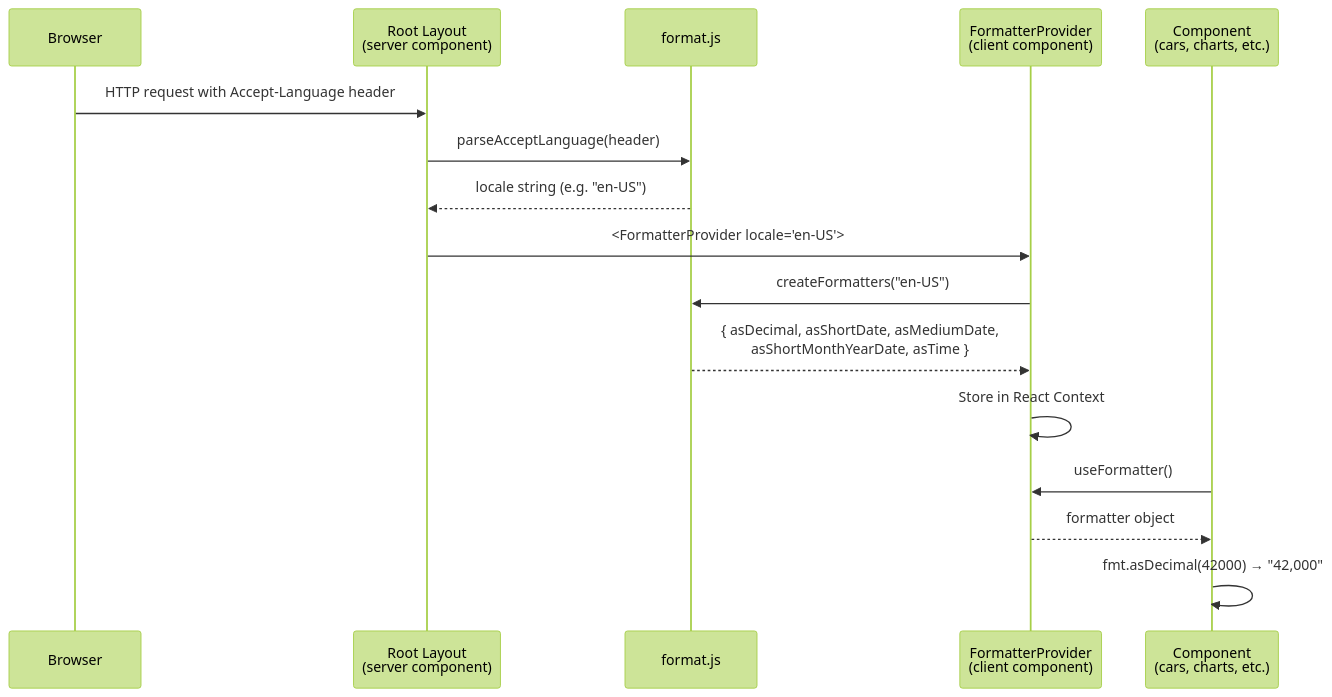
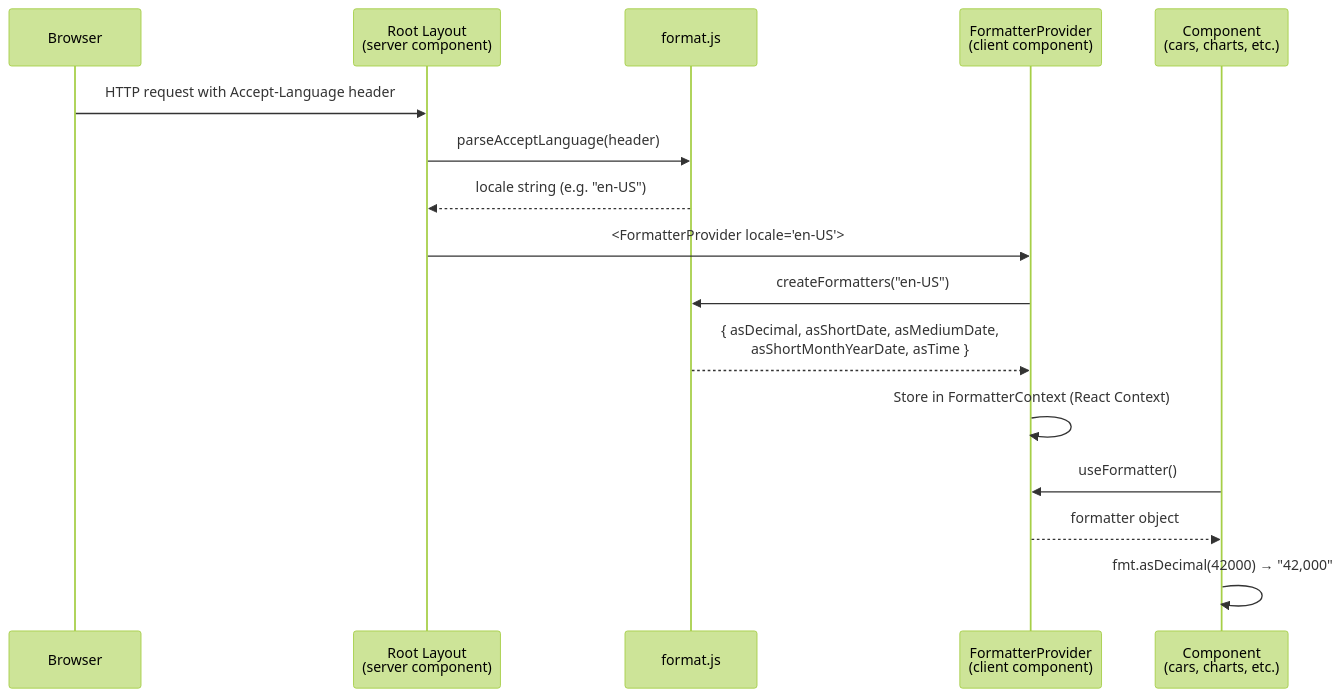
Before and after one commit to nyg/autoscout24-trends: the diagram in frontend/README.md, drawn with Mermaid (forest theme). The commit also changed other lines of this file and 2 other files, not shown here.

````diff
--- a/frontend/README.md
+++ b/frontend/README.md
@@ -105,19 +106,19 @@
 ```mermaid
 sequenceDiagram
     participant Browser
     participant RootLayout as Root Layout<br/>(server component)
     participant Format as format.js
     participant Provider as FormatterProvider<br/>(client component)
     participant Component as Component<br/>(cars, charts, etc.)
 
     Browser->>RootLayout: HTTP request with Accept-Language header
     RootLayout->>Format: parseAcceptLanguage(header)
     Format-->>RootLayout: locale string (e.g. "en-US")
     RootLayout->>Provider: <FormatterProvider locale="en-US">
     Provider->>Format: createFormatters("en-US")
     Format-->>Provider: { asDecimal, asShortDate, asMediumDate,<br/>asShortMonthYearDate, asTime }
-    Provider->>Provider: Store in React Context
+    Provider->>Provider: Store in FormatterContext (React Context)
     Component->>Provider: useFormatter()
     Provider-->>Component: formatter object
     Component->>Component: fmt.asDecimal(42000) → "42,000"
 ```
````
